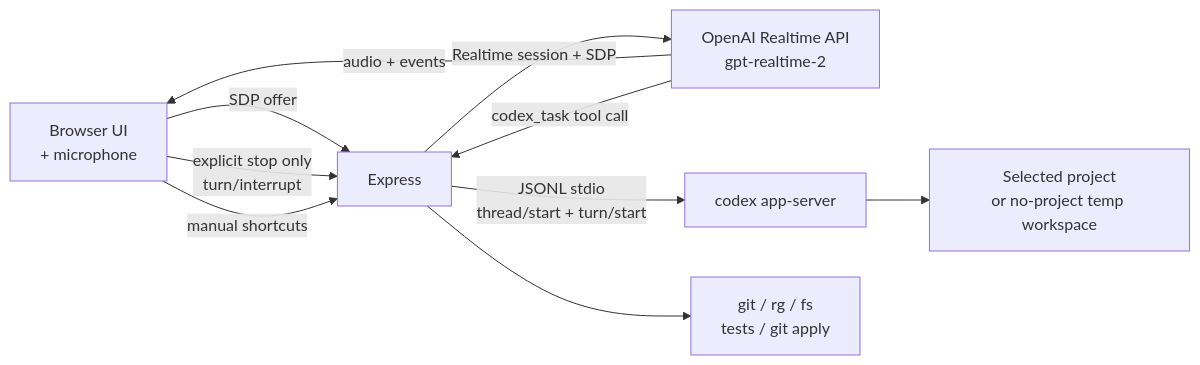
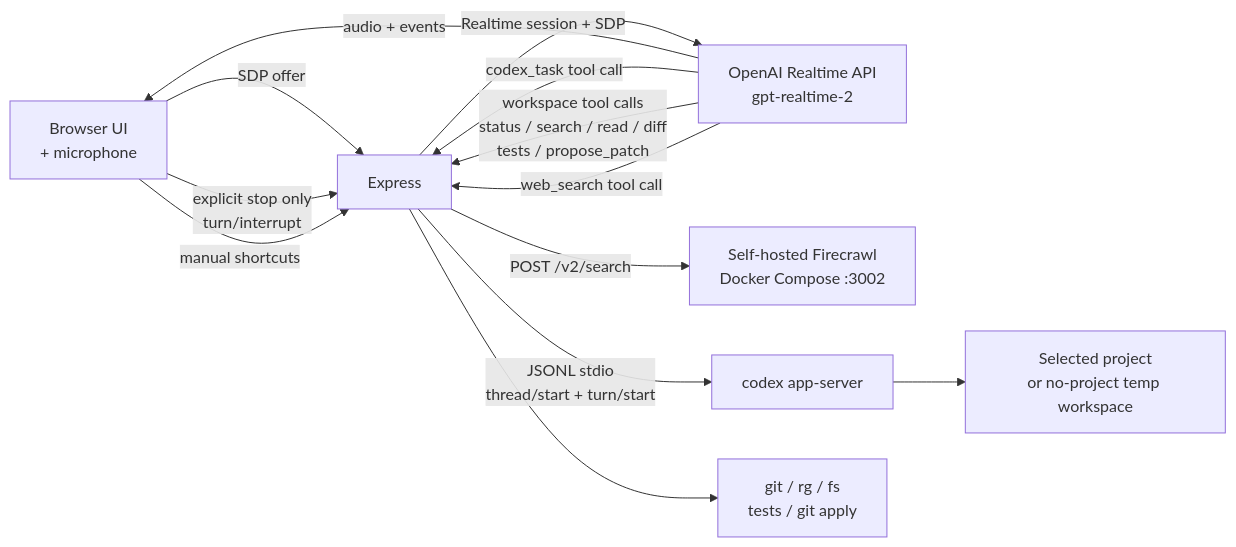
The diagram in README.md (ethannjw/voice-assistant), drawn with Mermaid before and after one commit. The commit also changed other lines of this file and 4 other files, not shown here.

````diff
--- a/README.md
+++ b/README.md
@@ -457,12 +645,15 @@
 ```mermaid
 flowchart LR
   Browser["Browser UI<br/>+ microphone"] -->|SDP offer| Server["Express"]
   Server -->|Realtime session + SDP| Realtime["OpenAI Realtime API<br/>gpt-realtime-2"]
   Realtime -->|audio + events| Browser
   Realtime -->|codex_task tool call| Server
+  Realtime -->|workspace tool calls<br/>status / search / read / diff<br/>tests / propose_patch| Server
+  Realtime -->|web_search tool call| Server
+  Server -->|POST /v2/search| Firecrawl["Self-hosted Firecrawl<br/>Docker Compose :3002"]
   Server -->|JSONL stdio<br/>thread/start + turn/start| Codex["codex app-server"]
   Browser -->|explicit stop only<br/>turn/interrupt| Server
   Codex --> Workspace["Selected project<br/>or no-project temp workspace"]
   Browser -->|manual shortcuts| Server
   Server --> Tools["git / rg / fs<br/>tests / git apply"]
 ```
````
